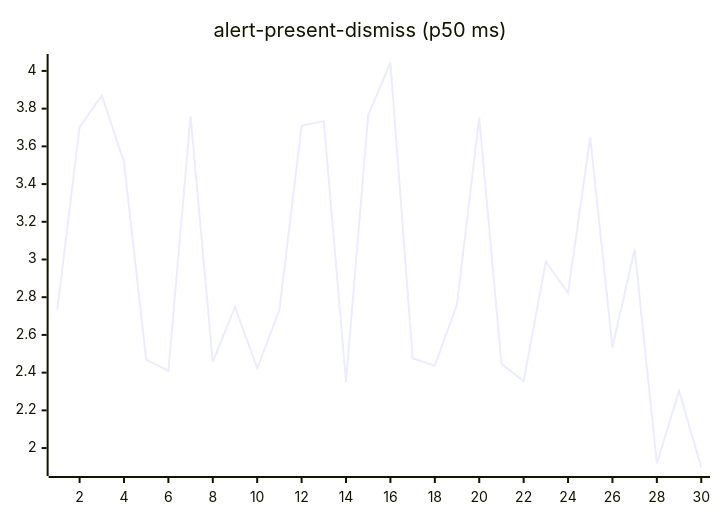
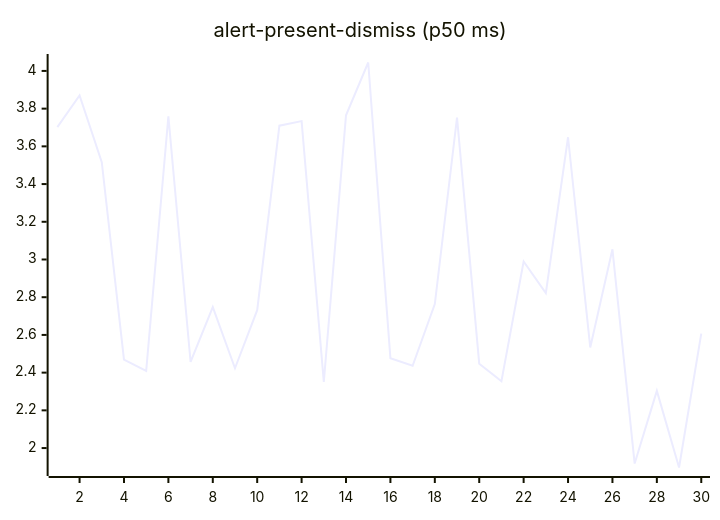
One commit to josha/Facet changed the second of 27 diagrams in README.md. Above: the diagram before and after it, drawn with Mermaid. The commit also changed other lines of this file and 2 other files, not shown here.

````diff
--- a/README.md
+++ b/README.md
@@ -70,6 +70,6 @@
 ```mermaid
 xychart-beta
     title "alert-present-dismiss (p50 ms)"
     x-axis 1 --> 30
-    line [2.7337, 3.7022, 3.8703, 3.5157, 2.4688, 2.4093, 3.7592, 2.4564, 2.7475, 2.4232, 2.7312, 3.7096, 3.7340, 2.3506, 3.7650, 4.0447, 2.4759, 2.4363, 2.7635, 3.7527, 2.4474, 2.3546, 2.9892, 2.8222, 3.6482, 2.5337, 3.0542, 1.9177, 2.3034, 1.8969]
+    line [3.7022, 3.8703, 3.5157, 2.4688, 2.4093, 3.7592, 2.4564, 2.7475, 2.4232, 2.7312, 3.7096, 3.7340, 2.3506, 3.7650, 4.0447, 2.4759, 2.4363, 2.7635, 3.7527, 2.4474, 2.3546, 2.9892, 2.8222, 3.6482, 2.5337, 3.0542, 1.9177, 2.3034, 1.8969, 2.6071]
 ```
````
